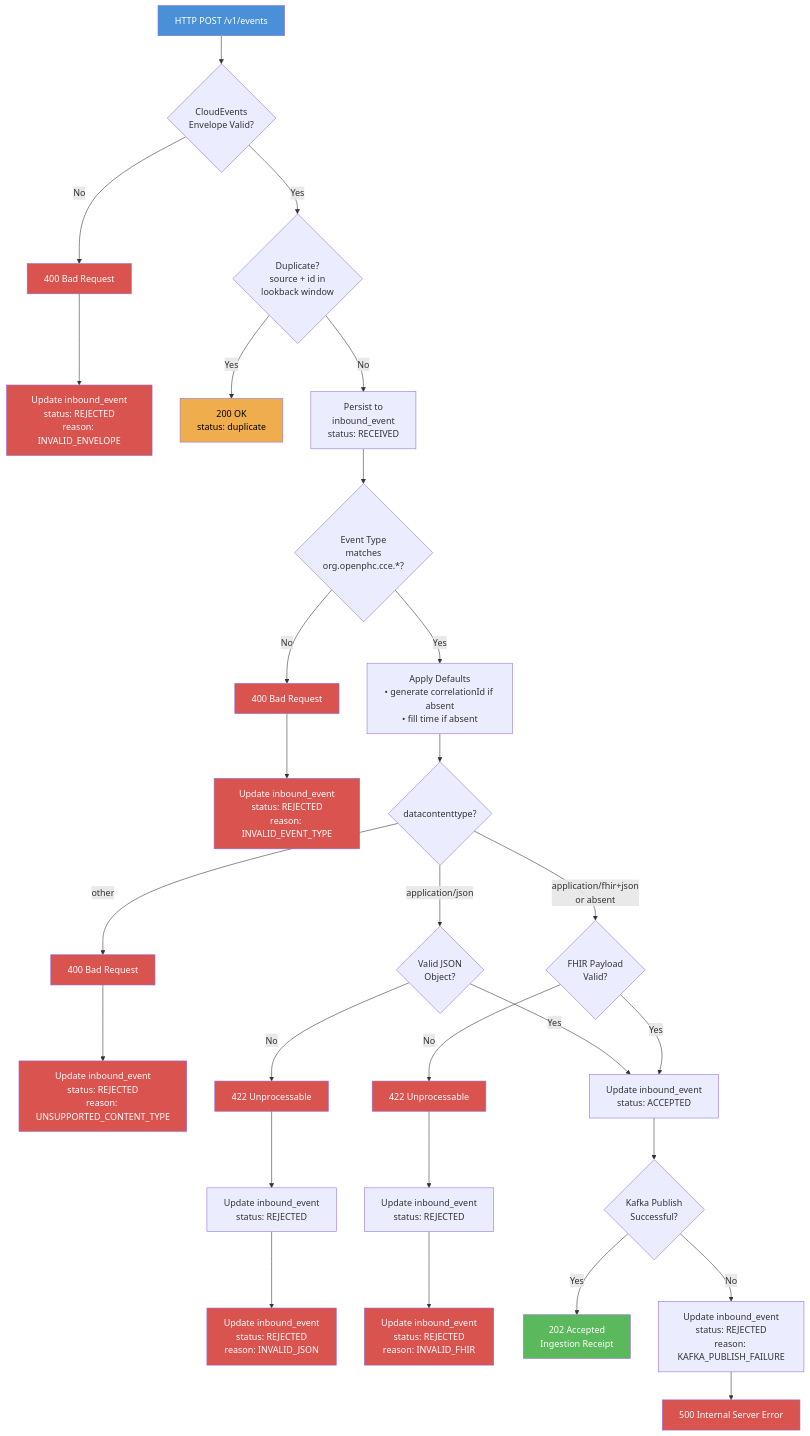
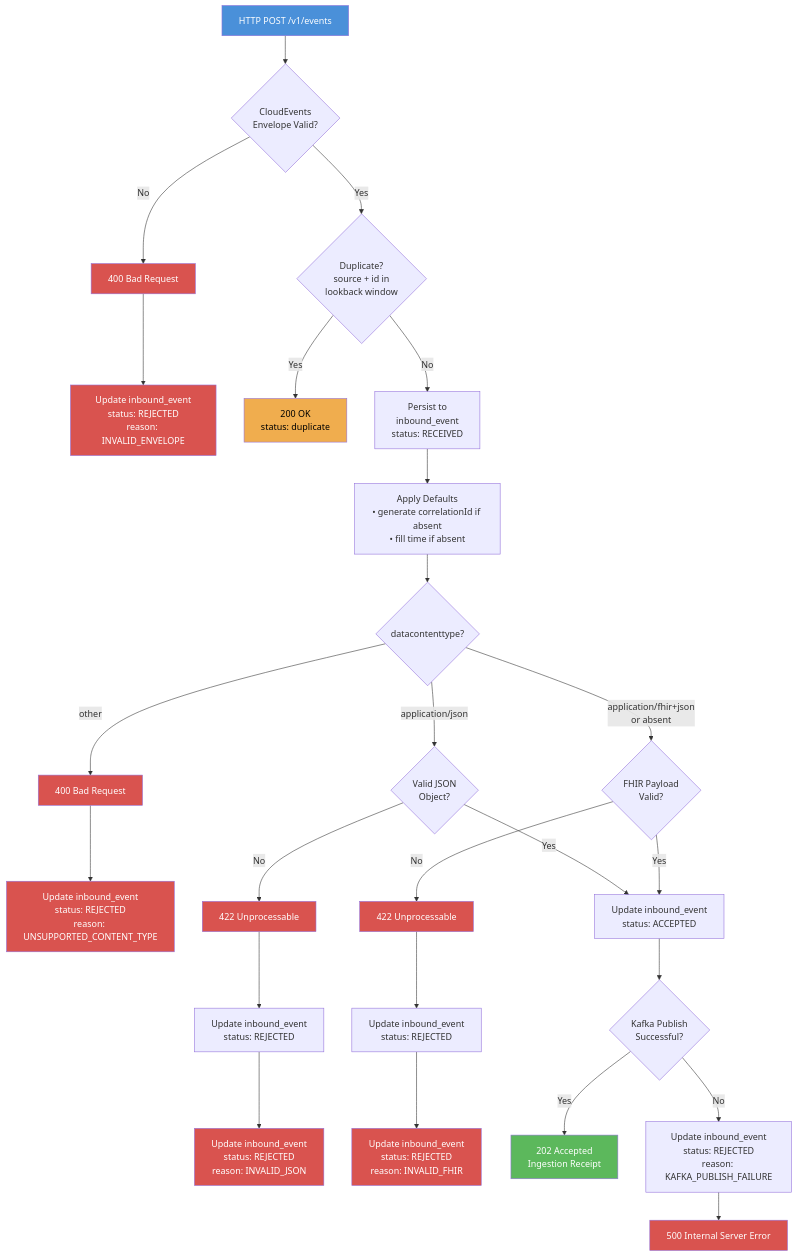
Before and after one commit to Jayaprakash8887/cce-collector-service: the first of 7 diagrams in docs/flow-diagrams.md, drawn with Mermaid. The commit also changed other lines of this file and 5 other files, not shown here.

````diff
--- a/docs/flow-diagrams.md
+++ b/docs/flow-diagrams.md
@@ -9,45 +9,40 @@
 ```mermaid
 flowchart TD
     A[HTTP POST /v1/events] --> B{CloudEvents<br/>Envelope Valid?}
     B -->|No| C[400 Bad Request]
     C --> C1[Update inbound_event<br/>status: REJECTED<br/>reason: INVALID_ENVELOPE]
     B -->|Yes| D{Duplicate?<br/>source + id in<br/>lookback window}
     D -->|Yes| E[200 OK<br/>status: duplicate]
     D -->|No| F[Persist to<br/>inbound_event<br/>status: RECEIVED]
-    F --> G1{Event Type<br/>matches<br/>org.openphc.cce.*?}
-    G1 -->|No| G1a[400 Bad Request]
-    G1a --> G1b[Update inbound_event<br/>status: REJECTED<br/>reason: INVALID_EVENT_TYPE]
-    G1 -->|Yes| G2[Apply Defaults<br/>• generate correlationId if absent<br/>• fill time if absent]
+    F --> G2[Apply Defaults<br/>• generate correlationId if absent<br/>• fill time if absent]
     G2 --> H0{datacontenttype?}
     H0 -->|application/fhir+json<br/>or absent| H{FHIR Payload<br/>Valid?}
     H0 -->|application/json| H3{Valid JSON<br/>Object?}
     H0 -->|other| H4[400 Bad Request]
     H4 --> H4a[Update inbound_event<br/>status: REJECTED<br/>reason: UNSUPPORTED_CONTENT_TYPE]
     H3 -->|No| H3a[422 Unprocessable]
     H3a --> H3b[Update inbound_event<br/>status: REJECTED]
     H3b --> H3c[Update inbound_event<br/>status: REJECTED<br/>reason: INVALID_JSON]
     H3 -->|Yes| J[Update inbound_event<br/>status: ACCEPTED]
     H -->|No| I[422 Unprocessable]
     I --> I1[Update inbound_event<br/>status: REJECTED]
     I1 --> I2[Update inbound_event<br/>status: REJECTED<br/>reason: INVALID_FHIR]
     H -->|Yes| J[Update inbound_event<br/>status: ACCEPTED]
     J --> K{Kafka Publish<br/>Successful?}
     K -->|Yes| L[202 Accepted<br/>Ingestion Receipt]
     K -->|No| M[Update inbound_event<br/>status: REJECTED<br/>reason: KAFKA_PUBLISH_FAILURE]
     M --> N[500 Internal Server Error]
 
     style A fill:#4a90d9,color:#fff
     style E fill:#f0ad4e,color:#000
     style L fill:#5cb85c,color:#fff
     style C fill:#d9534f,color:#fff
     style I fill:#d9534f,color:#fff
     style C1 fill:#d9534f,color:#fff
     style I2 fill:#d9534f,color:#fff
     style N fill:#d9534f,color:#fff
-    style G1a fill:#d9534f,color:#fff
-    style G1b fill:#d9534f,color:#fff
     style H4 fill:#d9534f,color:#fff
     style H4a fill:#d9534f,color:#fff
     style H3a fill:#d9534f,color:#fff
     style H3c fill:#d9534f,color:#fff
 ```
````
